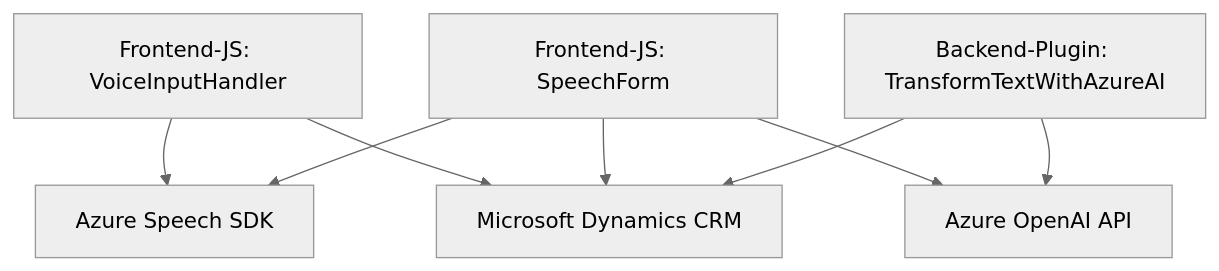
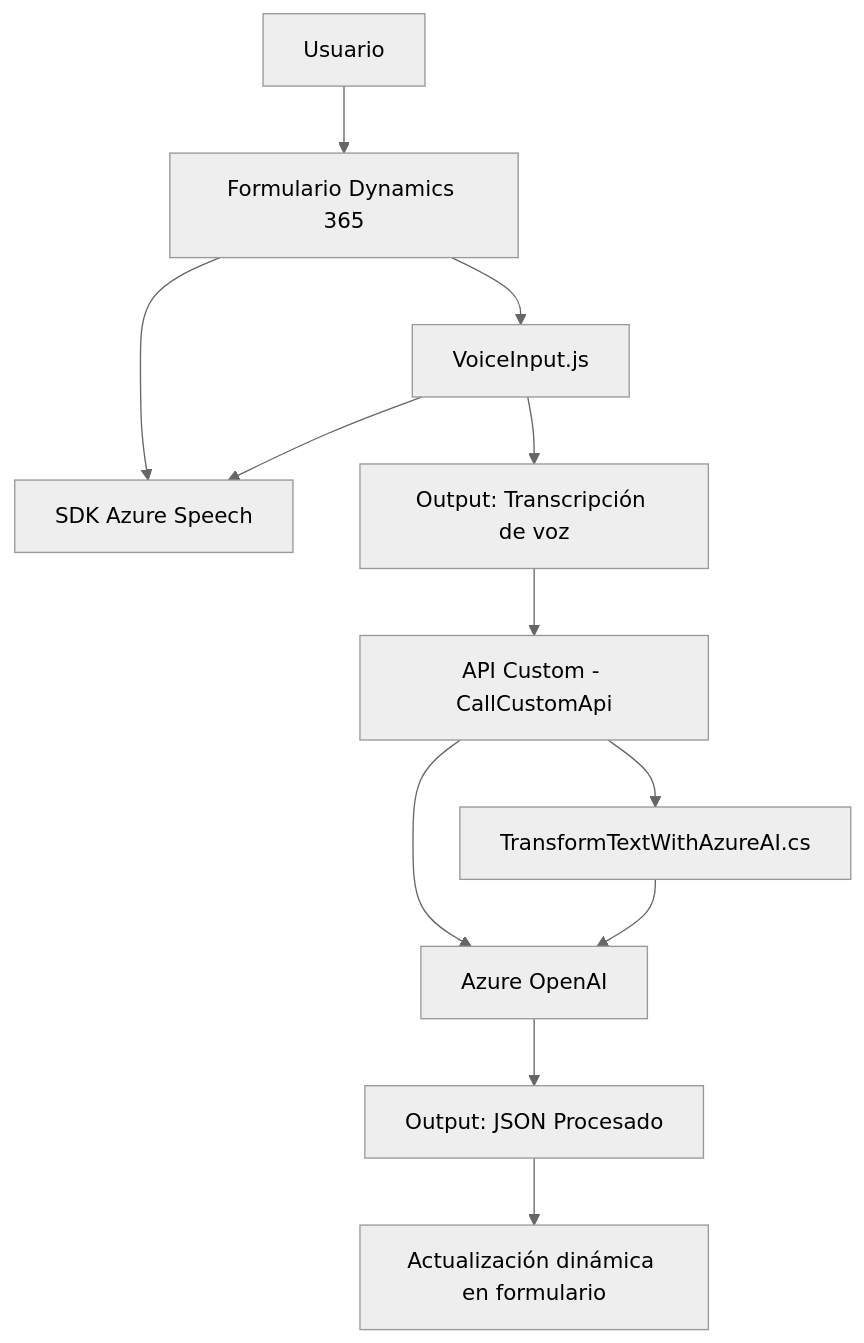
The diagram in README.md (blopezdm/NETCORE_BILBAO2025), drawn with Mermaid (neutral theme) before and after one commit. The commit also changed other lines of this file, not shown here.

````diff
--- a/README.md
+++ b/README.md
@@ -34,17 +44,14 @@
 ```mermaid
 graph TD
-    A["Frontend-JS: VoiceInputHandler"]
-    B["Frontend-JS: SpeechForm"]
-    C["Backend-Plugin: TransformTextWithAzureAI"]
-    D["Azure Speech SDK"]
-    E["Azure OpenAI API"]
-    F["Microsoft Dynamics CRM"]
-    
-    A --> D
-    A --> F
-    B --> D
-    B --> F
-    B --> E
+    A["Usuario"] --> B["Formulario Dynamics 365"]
+    B --> C["VoiceInput.js"]
+    B --> F["SDK Azure Speech"]
     C --> F
-    C --> E
+    C --> D["Output: Transcripción de voz"]
+    D --> E["API Custom - CallCustomApi"]
+    E --> G["Azure OpenAI"]
+    E --> H["TransformTextWithAzureAI.cs"]
+    H --> G
+    G --> I["Output: JSON Procesado"]
+    I --> J["Actualización dinámica en formulario"]
 ```
````
